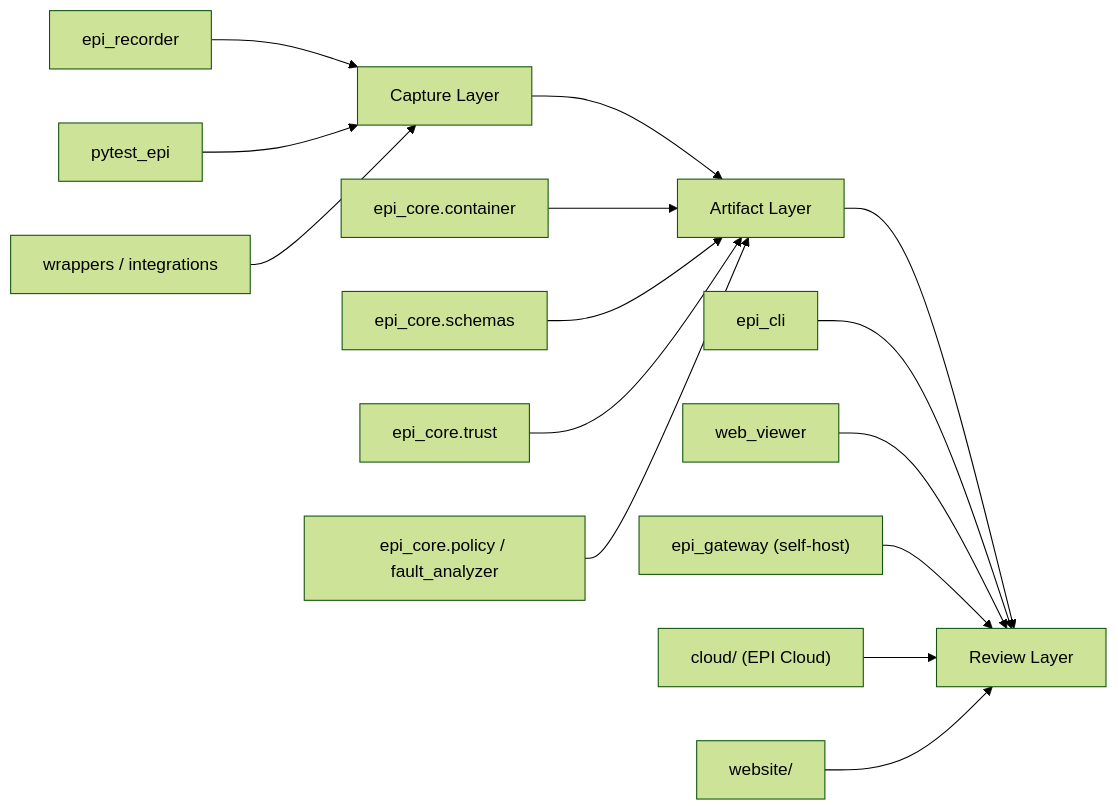
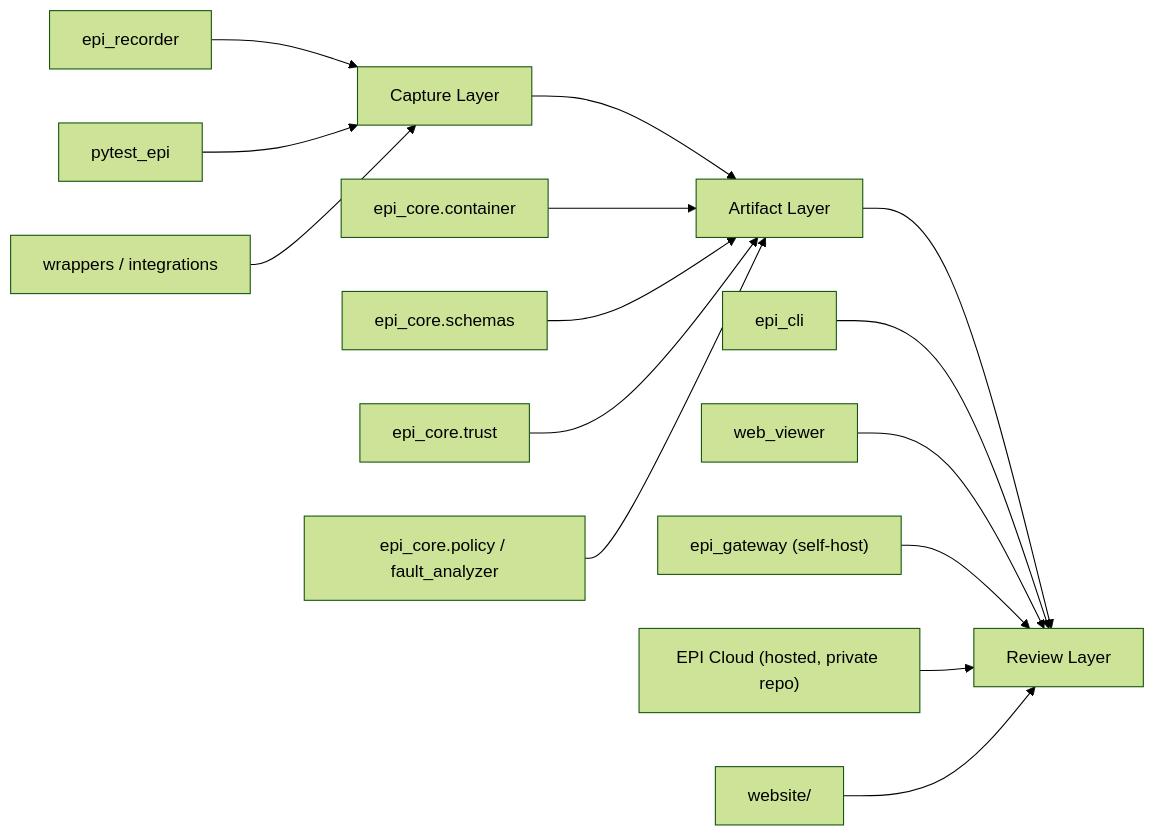
Before and after one commit to mohdibrahimaiml/epi-recorder: the first of 3 diagrams in docs/EPI-CODEBASE-WALKTHROUGH.md, drawn with Mermaid (forest theme). The commit also changed other lines of this file and 104 other files, not shown here.

````diff
--- a/docs/EPI-CODEBASE-WALKTHROUGH.md
+++ b/docs/EPI-CODEBASE-WALKTHROUGH.md
@@ -49,20 +49,20 @@
 ```mermaid
 flowchart LR
     A["Capture Layer"] --> B["Artifact Layer"]
     B --> C["Review Layer"]
 
     A1["epi_recorder"] --> A
     A2["pytest_epi"] --> A
     A3["wrappers / integrations"] --> A
 
     B1["epi_core.container"] --> B
     B2["epi_core.schemas"] --> B
     B3["epi_core.trust"] --> B
     B4["epi_core.policy / fault_analyzer"] --> B
 
     C1["epi_cli"] --> C
     C2["web_viewer"] --> C
     C3["epi_gateway (self-host)"] --> C
-    C4["cloud/ (EPI Cloud)"] --> C
+    C4["EPI Cloud (hosted, private repo)"] --> C
     C5["website/"] --> C
 ```
````
